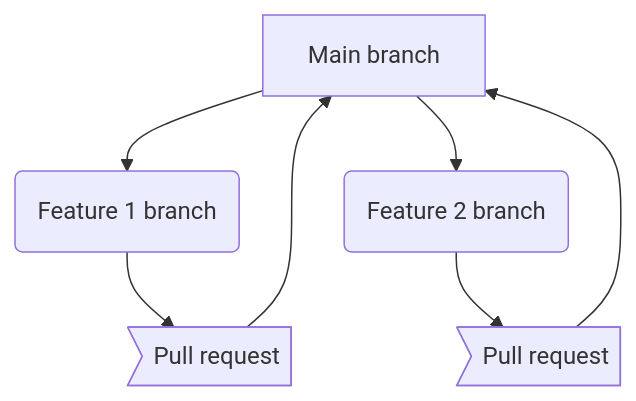
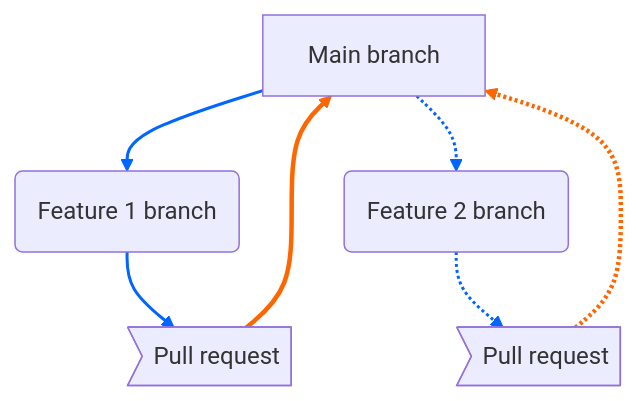
Before and after one commit to phuse-org/git-in-statistical-programming: the second of 11 diagrams in white-paper/branching-strategies.qmd, drawn with Mermaid. The commit also changed other lines of this file, not shown here.

````diff
--- a/white-paper/branching-strategies.qmd
+++ b/white-paper/branching-strategies.qmd
@@ -42,16 +42,24 @@
 ```{mermaid}
 %%| label: fig-basic-git-structure
 %%| fig-cap: "Basic Git branching structure"
 flowchart TD
     main["Main branch"]
     feature-1("Feature 1 branch")
     feature-2("Feature 2 branch")
     PR1>"Pull request"]
     PR2>"Pull request"]
     main --> feature-1
     feature-1 --> PR1
     PR1 --> main
-    main --> feature-2
-    feature-2 --> PR2
-    PR2 --> main
+    main -.-> feature-2
+    feature-2 -.-> PR2
+    PR2 -.-> main
+
+    linkStyle 0 stroke:#0066FF,stroke-width:2px
+    linkStyle 1 stroke:#0066FF,stroke-width:2px
+    linkStyle 2 stroke:#FF6600,stroke-width:3px
+
+    linkStyle 3 stroke:#0066FF,stroke-width:2px
+    linkStyle 4 stroke:#0066FF,stroke-width:2px
+    linkStyle 5 stroke:#FF6600,stroke-width:3px
 ```
````
